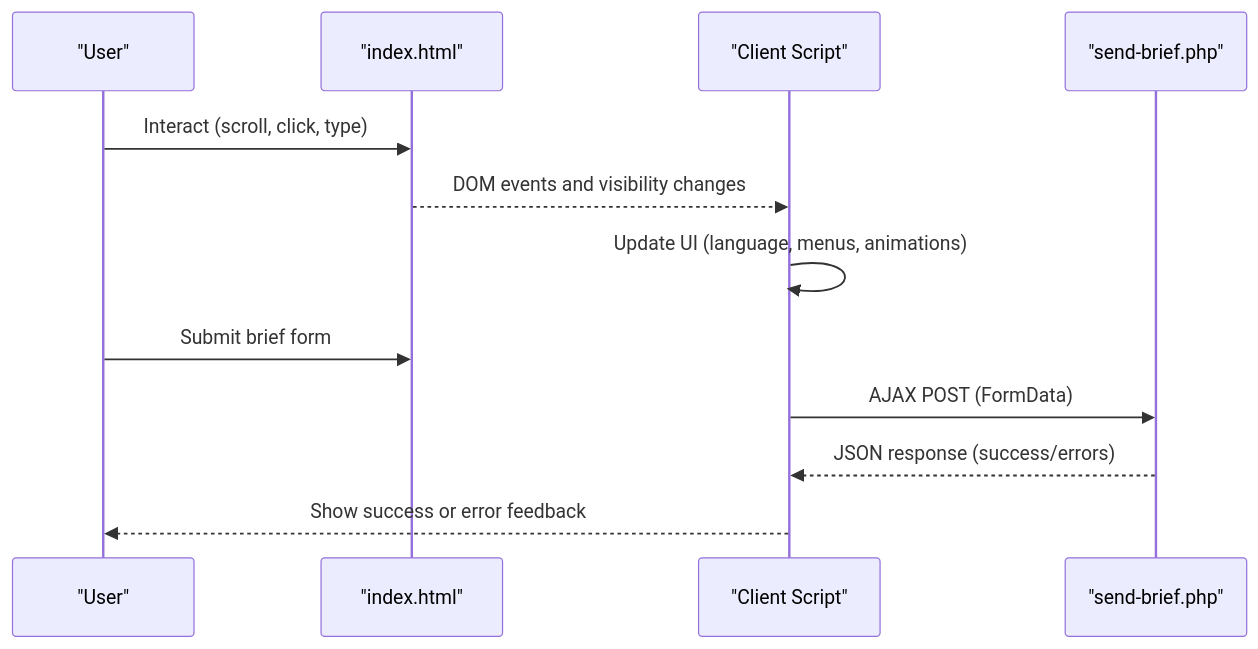
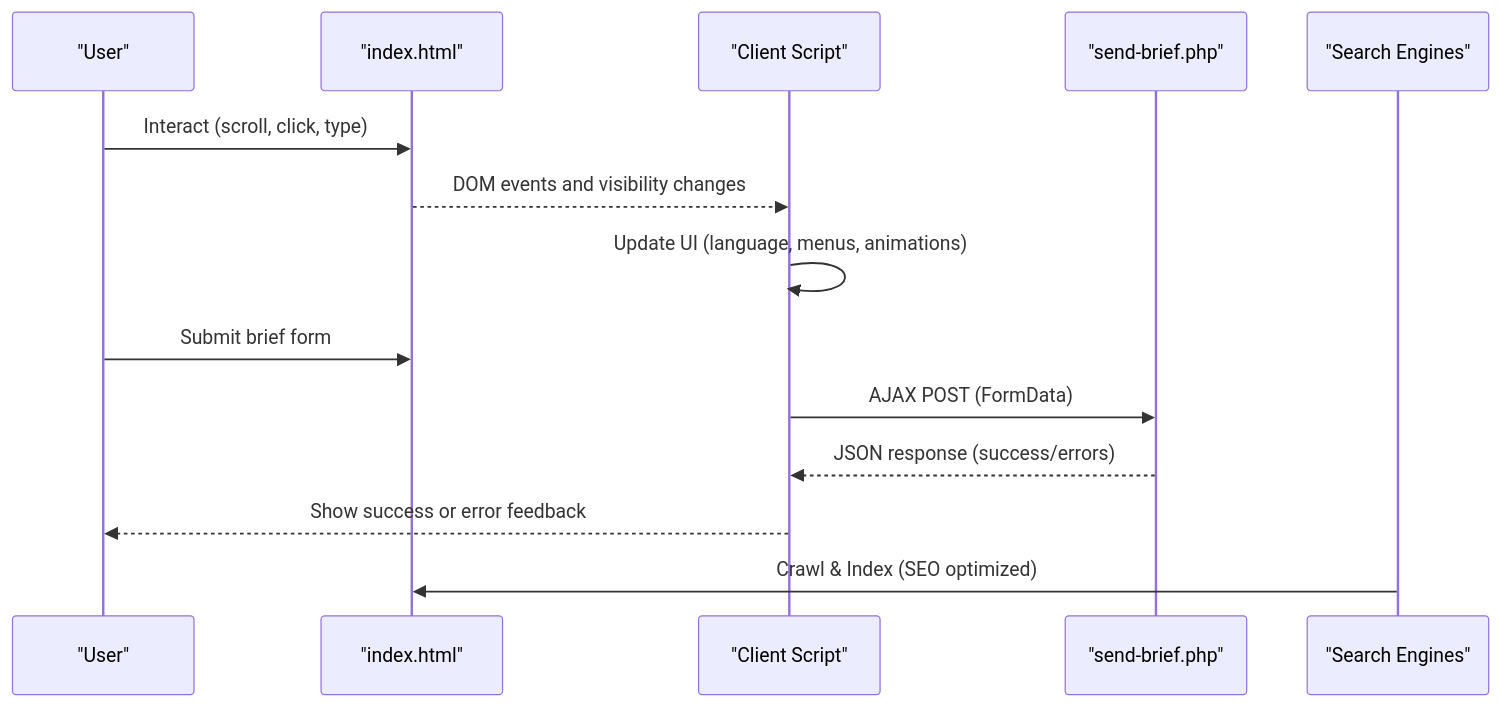
Before and after one commit to Vostrikov2014/emoo: the second of 8 diagrams in .qoder/repowiki/en/content/Frontend Implementation.md, drawn with Mermaid. The commit also changed other lines of this file and 14 other files, not shown here.

````diff
--- a/.qoder/repowiki/en/content/Frontend Implementation.md
+++ b/.qoder/repowiki/en/content/Frontend Implementation.md
@@ -70,14 +91,16 @@
 ```mermaid
 sequenceDiagram
 participant U as "User"
 participant P as "index.html"
 participant JS as "Client Script"
 participant S as "send-brief.php"
+participant SE as "Search Engines"
 U->>P : Interact (scroll, click, type)
 P-->>JS : DOM events and visibility changes
 JS->>JS : Update UI (language, menus, animations)
 U->>P : Submit brief form
 JS->>S : AJAX POST (FormData)
 S-->>JS : JSON response (success/errors)
 JS-->>U : Show success or error feedback
+SE->>P : Crawl & Index (SEO optimized)
 ```
````
